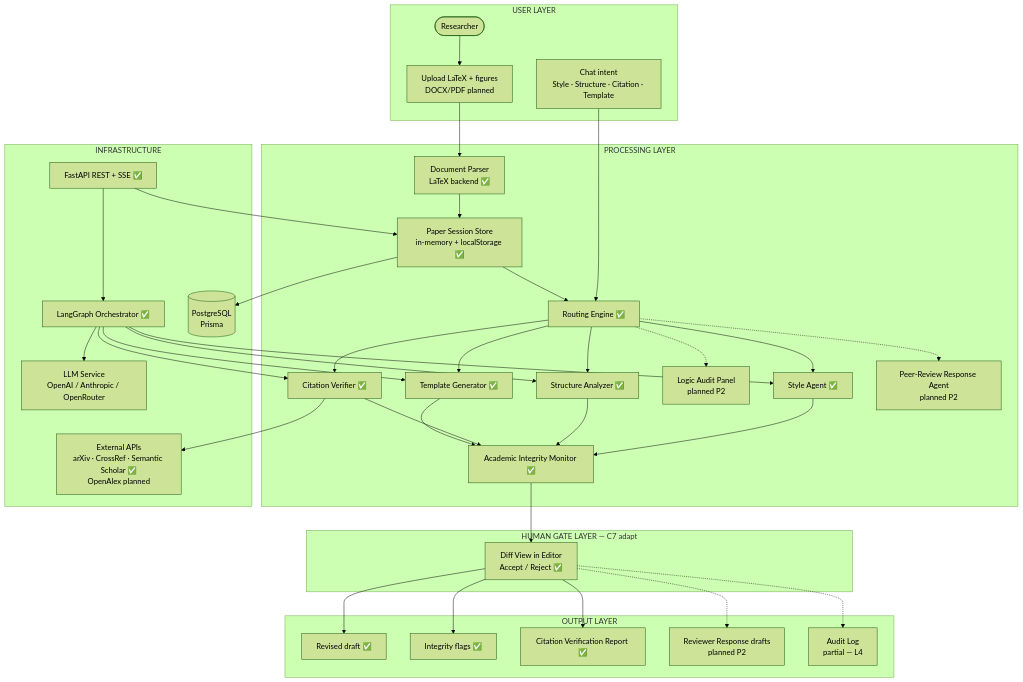
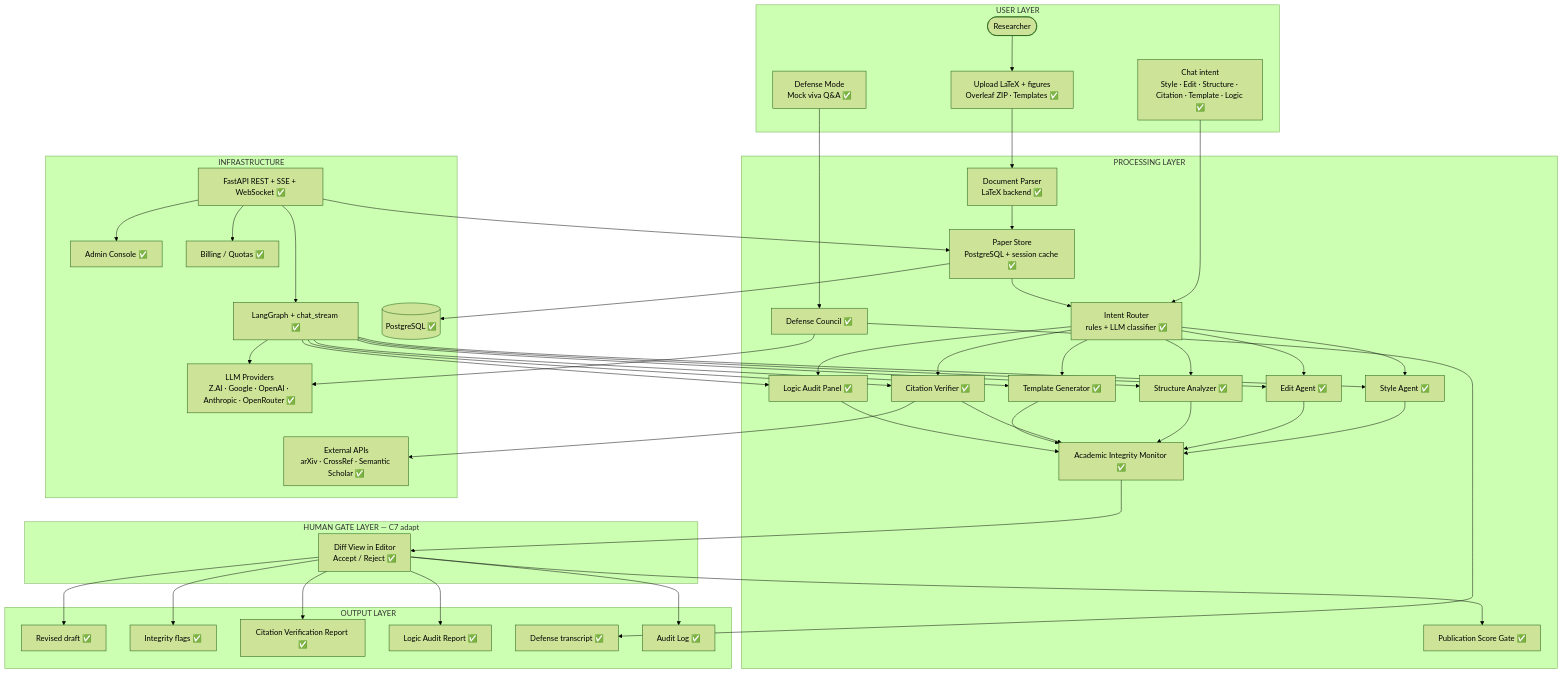
Before and after one commit to Tai-TZ/arionear-ai-paper-editor: the first of 6 diagrams in ARCHITECTURE.md, drawn with Mermaid (forest theme). The commit also changed other lines of this file and 15 other files, not shown here.

First line of the commit message:
chore: remove dead code and sync architecture docs

````diff
--- a/ARCHITECTURE.md
+++ b/ARCHITECTURE.md
@@ -41,56 +46,66 @@
 ```mermaid
 flowchart TB
     subgraph UL["USER LAYER"]
         U([Researcher])
-        UP[Upload LaTeX + figures<br/>DOCX/PDF planned]
-        UF[Chat intent<br/>Style · Structure · Citation · Template]
+        UP[Upload LaTeX + figures<br/>Overleaf ZIP · Templates ✅]
+        UF[Chat intent<br/>Style · Edit · Structure · Citation · Template · Logic ✅]
+        DF[Defense Mode<br/>Mock viva Q&A ✅]
     end
 
     subgraph PL["PROCESSING LAYER"]
         DP[Document Parser<br/>LaTeX backend ✅]
-        PSS[Paper Session Store<br/>in-memory + localStorage ✅]
-        RE[Routing Engine ✅]
+        PSS[Paper Store<br/>PostgreSQL + session cache ✅]
+        RE[Intent Router<br/>rules + LLM classifier ✅]
         SA[Style Agent ✅]
+        ED[Edit Agent ✅]
         TN[Template Generator ✅]
         ST[Structure Analyzer ✅]
-        LA[Logic Audit Panel<br/>planned P2]
+        LA[Logic Audit Panel ✅]
         CV[Citation Verifier ✅]
-        PR[Peer-Review Response Agent<br/>planned P2]
+        DC[Defense Council ✅]
         AIM[Academic Integrity Monitor ✅]
+        PS[Publication Score Gate ✅]
     end
 
     subgraph HGL["HUMAN GATE LAYER — C7 adapt"]
         DIFF[Diff View in Editor<br/>Accept / Reject ✅]
     end
 
     subgraph OL["OUTPUT LAYER"]
         RD[Revised draft ✅]
         IR[Integrity flags ✅]
         CR[Citation Verification Report ✅]
-        RR[Reviewer Response drafts<br/>planned P2]
-        AL[Audit Log<br/>partial — L4]
+        LR[Logic Audit Report ✅]
+        DR[Defense transcript ✅]
+        AL[Audit Log ✅]
     end
 
     subgraph INF["INFRASTRUCTURE"]
-        API[FastAPI REST + SSE ✅]
-        LG[LangGraph Orchestrator ✅]
-        LLM[LLM Service<br/>OpenAI / Anthropic / OpenRouter]
-        DB[(PostgreSQL<br/>Prisma)]
-        EXT[External APIs<br/>arXiv · CrossRef · Semantic Scholar ✅<br/>OpenAlex planned]
+        API[FastAPI REST + SSE + WebSocket ✅]
+        LG[LangGraph + chat_stream ✅]
+        LLM[LLM Providers<br/>Z.AI · Google · OpenAI · Anthropic · OpenRouter ✅]
+        DB[(PostgreSQL ✅)]
+        EXT[External APIs<br/>arXiv · CrossRef · Semantic Scholar ✅]
+        ADM[Admin Console ✅]
+        BIL[Billing / Quotas ✅]
     end
 
     U --> UP --> DP
     UF --> RE
+    DF --> DC
     DP --> PSS --> RE
-    RE --> SA & ST & CV & TN
-    RE -.-> LA & PR
-    SA & ST & CV & TN --> AIM
+    RE --> SA & ED & ST & CV & TN & LA
+    SA & ED & ST & CV & TN --> AIM
+    LA --> AIM
     AIM --> DIFF
-    DIFF --> RD & IR & CR
-    DIFF -.-> RR & AL
-    API --> LG --> SA & ST & CV & TN
+    DIFF --> RD & IR & CR & LR & AL
+    DIFF --> PS
+    DC --> DR
+    API --> LG --> SA & ED & ST & CV & TN & LA
     LG --> LLM
+    DC --> LLM
     CV --> EXT
     PSS --> DB
     API --> PSS
+    API --> ADM & BIL
 ```
````
